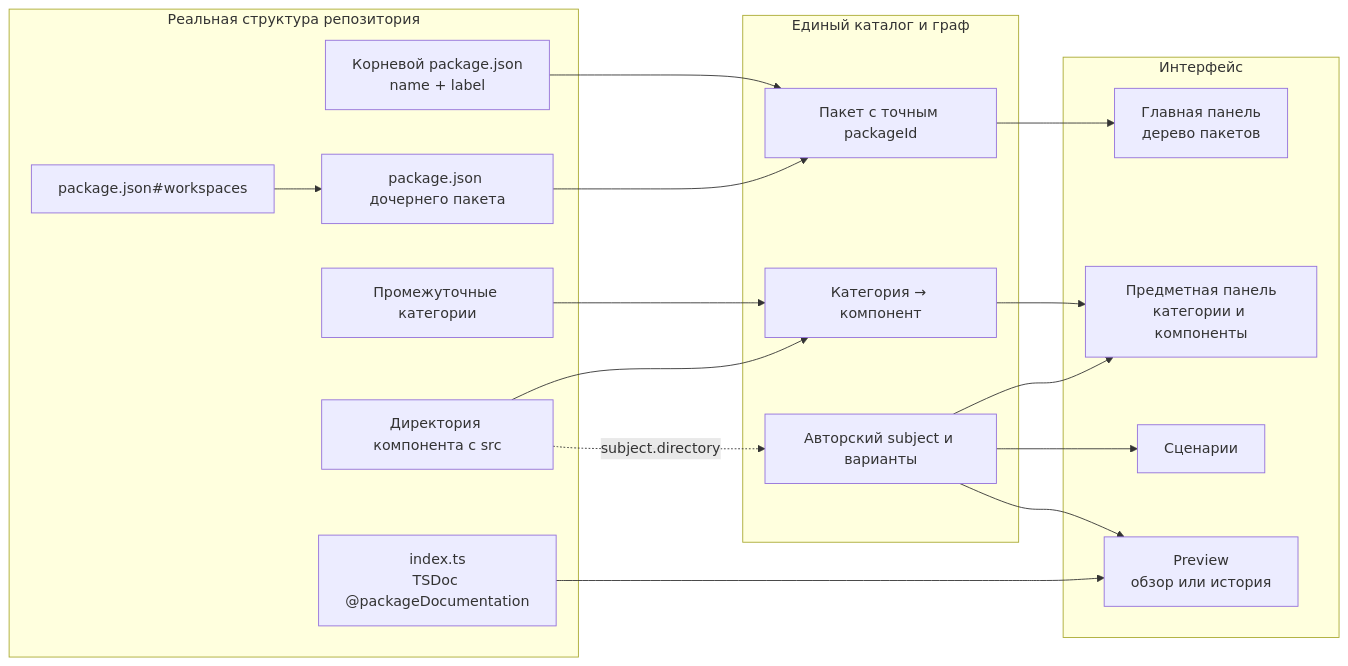
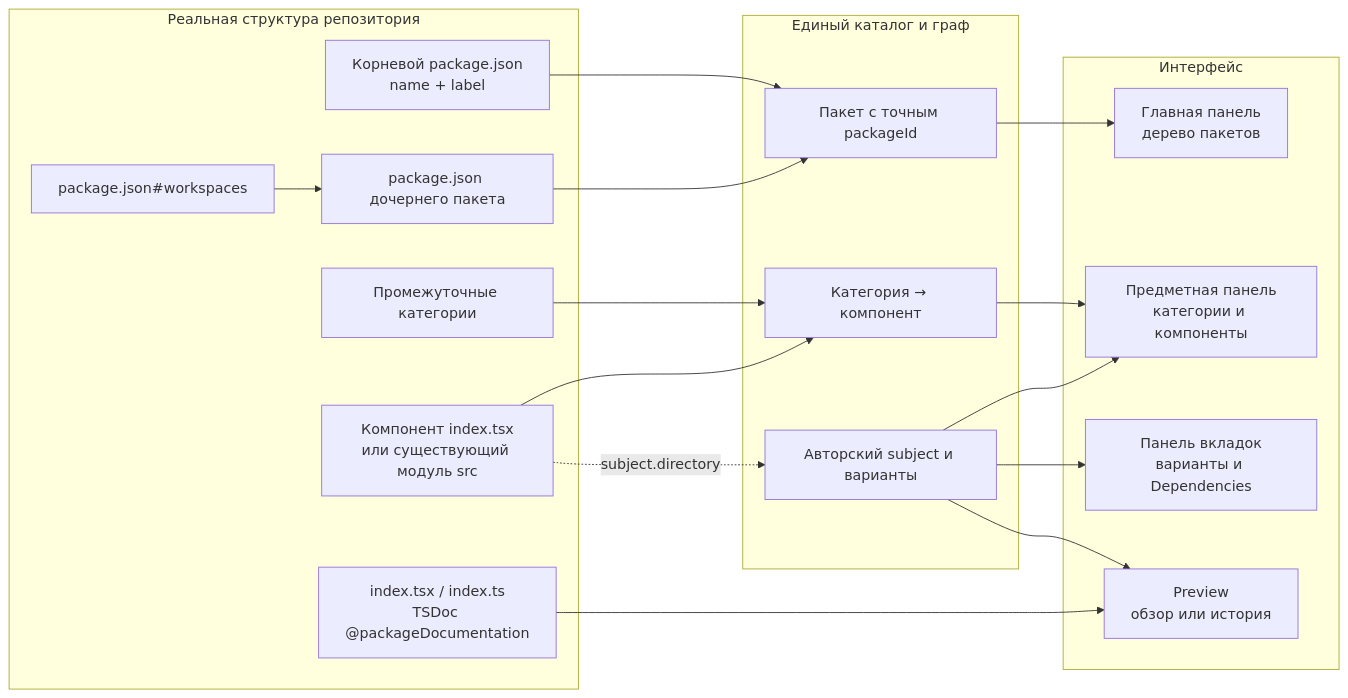
The diagram in archetypes/structure-placement.md (zavx0z/storybook), drawn with Mermaid before and after one commit. The commit also changed other lines of this file and 29 other files, not shown here.

````diff
--- a/archetypes/structure-placement.md
+++ b/archetypes/structure-placement.md
@@ -11,37 +9,37 @@
 ```mermaid
 flowchart LR
   subgraph FS["Реальная структура репозитория"]
     ROOT["Корневой package.json<br/>name + label"]
     WS["package.json#workspaces"]
     PKG["package.json дочернего пакета"]
     CATEGORY["Промежуточные категории"]
-    MODULE["Директория компонента с src"]
-    DOC["index.ts<br/>TSDoc @packageDocumentation"]
+    MODULE["Компонент index.tsx<br/>или существующий модуль src"]
+    DOC["index.tsx / index.ts<br/>TSDoc @packageDocumentation"]
   end
 
   subgraph GRAPH["Единый каталог и граф"]
     PACKAGE["Пакет с точным packageId"]
     STRUCTURE["Категория → компонент"]
     SUBJECT["Авторский subject и варианты"]
   end
 
   subgraph UI["Интерфейс"]
     MAIN["Главная панель<br/>дерево пакетов"]
     SECONDARY["Предметная панель<br/>категории и компоненты"]
     PREVIEW["Preview<br/>обзор или история"]
-    SCENARIOS["Сценарии"]
+    TABS["Панель вкладок<br/>варианты и Dependencies"]
   end
 
   ROOT --> PACKAGE
   WS --> PKG
   PKG --> PACKAGE
   CATEGORY --> STRUCTURE
   MODULE --> STRUCTURE
   DOC --> PREVIEW
   MODULE -. "subject.directory" .-> SUBJECT
   PACKAGE --> MAIN
   STRUCTURE --> SECONDARY
   SUBJECT --> SECONDARY
-  SUBJECT --> SCENARIOS
+  SUBJECT --> TABS
   SUBJECT --> PREVIEW
 ```
````
